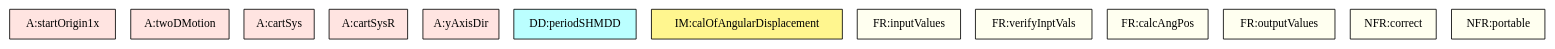
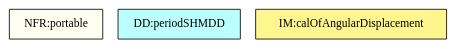
Before and after one commit to JacquesCarette/Drasil: the diagram in code/stable/sglpend/TraceyGraph/avsall.dot, drawn with Graphviz. The commit also changed 53 other files, not shown here.

```diff
--- a/code/stable/sglpend/TraceyGraph/avsall.dot
+++ b/code/stable/sglpend/TraceyGraph/avsall.dot
@@ -1,69 +1,69 @@
 digraph avsall {
 
 
-	startOrigin1x	[shape=box, color=black, style=filled, fillcolor=mistyrose, label="A:startOrigin1x"];
-	twoDMotion	[shape=box, color=black, style=filled, fillcolor=mistyrose, label="A:twoDMotion"];
-	cartSys	[shape=box, color=black, style=filled, fillcolor=mistyrose, label="A:cartSys"];
-	cartSysR	[shape=box, color=black, style=filled, fillcolor=mistyrose, label="A:cartSysR"];
-	yAxisDir	[shape=box, color=black, style=filled, fillcolor=mistyrose, label="A:yAxisDir"];
+	instance:startOrigin1x	[shape=box, color=black, style=filled, fillcolor=mistyrose, label="A:startOrigin1x"];
+	instance:twoDMotion	[shape=box, color=black, style=filled, fillcolor=mistyrose, label="A:twoDMotion"];
+	instance:cartSys	[shape=box, color=black, style=filled, fillcolor=mistyrose, label="A:cartSys"];
+	instance:cartSysR	[shape=box, color=black, style=filled, fillcolor=mistyrose, label="A:cartSysR"];
+	instance:yAxisDir	[shape=box, color=black, style=filled, fillcolor=mistyrose, label="A:yAxisDir"];
 
 	subgraph A {
 	rank="same"
-	{startOrigin1x, twoDMotion, cartSys, cartSysR, yAxisDir}
+	{instance:startOrigin1x, instance:twoDMotion, instance:cartSys, instance:cartSysR, instance:yAxisDir}
 	}
 
 	dataDefn:ixPos	[shape=box, color=black, style=filled, fillcolor=paleturquoise1, label="DD:positionIX"];
 	dataDefn:iyPos	[shape=box, color=black, style=filled, fillcolor=paleturquoise1, label="DD:positionIY"];
 	dataDefn:frequency	[shape=box, color=black, style=filled, fillcolor=paleturquoise1, label="DD:frequencyDD"];
 	dataDefn:angularFrequency	[shape=box, color=black, style=filled, fillcolor=paleturquoise1, label="DD:angFrequencyDD"];
 	dataDefn:period	[shape=box, color=black, style=filled, fillcolor=paleturquoise1, label="DD:periodSHMDD"];
 
 	subgraph DD {
 	rank="same"
 	{dataDefn:ixPos, dataDefn:iyPos, dataDefn:frequency, dataDefn:angularFrequency, dataDefn:period}
 	}
 
 	theory:accelerationTM	[shape=box, color=black, style=filled, fillcolor=pink, label="TM:acceleration"];
 	theory:velocityTM	[shape=box, color=black, style=filled, fillcolor=pink, label="TM:velocity"];
 	theory:newtonSL	[shape=box, color=black, style=filled, fillcolor=pink, label="TM:NewtonSecLawMot"];
 	theory:newtonSLR	[shape=box, color=black, style=filled, fillcolor=pink, label="TM:NewtonSecLawRotMot"];
 
 	subgraph TM {
 	rank="same"
 	{theory:accelerationTM, theory:velocityTM, theory:newtonSL, theory:newtonSLR}
 	}
 
 	theory:xVel	[shape=box, color=black, style=filled, fillcolor=palegreen, label="GD:velocityIX"];
 	theory:yVel	[shape=box, color=black, style=filled, fillcolor=palegreen, label="GD:velocityIY"];
 	theory:xScalAcc	[shape=box, color=black, style=filled, fillcolor=palegreen, label="GD:accelerationIX"];
 	theory:yScalAcc	[shape=box, color=black, style=filled, fillcolor=palegreen, label="GD:accelerationIY"];
 	theory:hForceOnPendulum	[shape=box, color=black, style=filled, fillcolor=palegreen, label="GD:hForceOnPendulum"];
 	theory:vForceOnPendulum	[shape=box, color=black, style=filled, fillcolor=palegreen, label="GD:vForceOnPendulum"];
 	theory:angFrequencyGD	[shape=box, color=black, style=filled, fillcolor=palegreen, label="GD:angFrequencyGD"];
 	theory:periodPendGD	[shape=box, color=black, style=filled, fillcolor=palegreen, label="GD:periodPend"];
 
 	subgraph GD {
 	rank="same"
 	{theory:xVel, theory:yVel, theory:xScalAcc, theory:yScalAcc, theory:hForceOnPendulum, theory:vForceOnPendulum, theory:angFrequencyGD, theory:periodPendGD}
 	}
 
 	theory:angularDisplacementIM	[shape=box, color=black, style=filled, fillcolor=khaki1, label="IM:calOfAngularDisplacement"];
 
 	subgraph IM {
 	rank="same"
 	{theory:angularDisplacementIM}
 	}
 
-	inputValues	[shape=box, color=black, style=filled, fillcolor=ivory, label="FR:inputValues"];
-	verifyInptVals	[shape=box, color=black, style=filled, fillcolor=ivory, label="FR:verifyInptVals"];
-	calcAngPos	[shape=box, color=black, style=filled, fillcolor=ivory, label="FR:calcAngPos"];
-	outputValues	[shape=box, color=black, style=filled, fillcolor=ivory, label="FR:outputValues"];
-	correct	[shape=box, color=black, style=filled, fillcolor=ivory, label="NFR:correct"];
-	portable	[shape=box, color=black, style=filled, fillcolor=ivory, label="NFR:portable"];
+	instance:inputValues	[shape=box, color=black, style=filled, fillcolor=ivory, label="FR:inputValues"];
+	instance:verifyInptVals	[shape=box, color=black, style=filled, fillcolor=ivory, label="FR:verifyInptVals"];
+	instance:calcAngPos	[shape=box, color=black, style=filled, fillcolor=ivory, label="FR:calcAngPos"];
+	instance:outputValues	[shape=box, color=black, style=filled, fillcolor=ivory, label="FR:outputValues"];
+	instance:correct	[shape=box, color=black, style=filled, fillcolor=ivory, label="NFR:correct"];
+	instance:portable	[shape=box, color=black, style=filled, fillcolor=ivory, label="NFR:portable"];
 
 	subgraph FR {
 	rank="same"
-	{inputValues, verifyInptVals, calcAngPos, outputValues, correct, portable}
+	{instance:inputValues, instance:verifyInptVals, instance:calcAngPos, instance:outputValues, instance:correct, instance:portable}
 	}
 
 }
```
